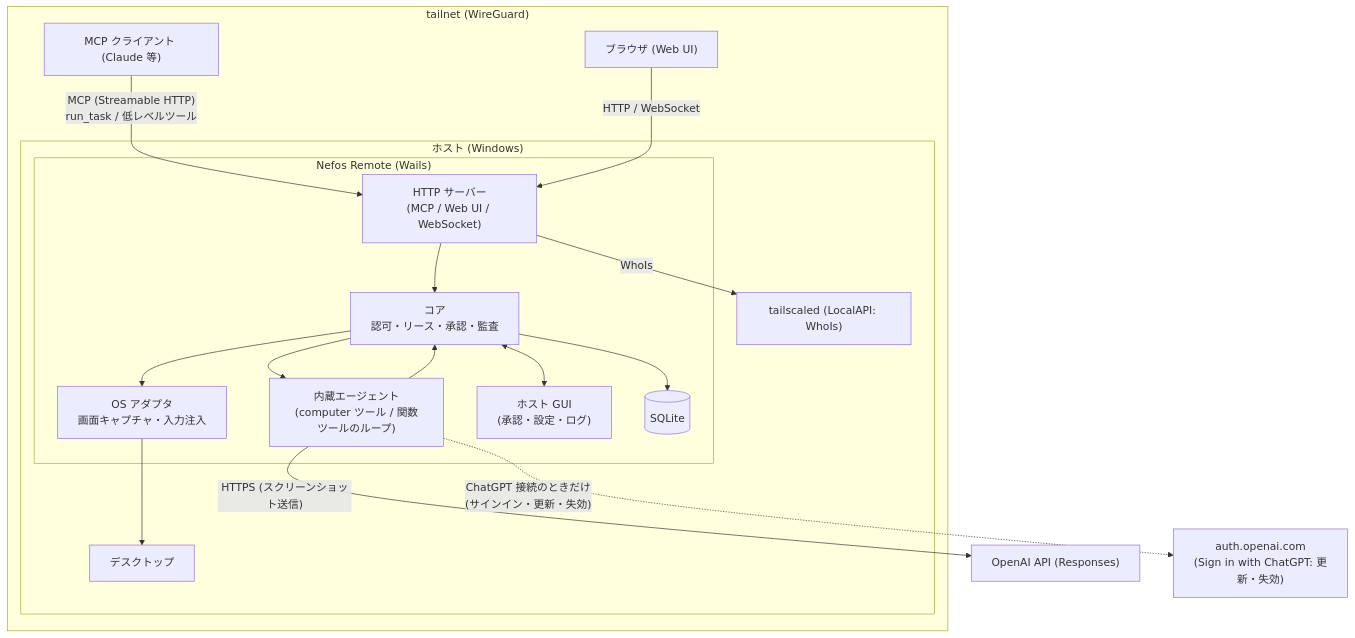
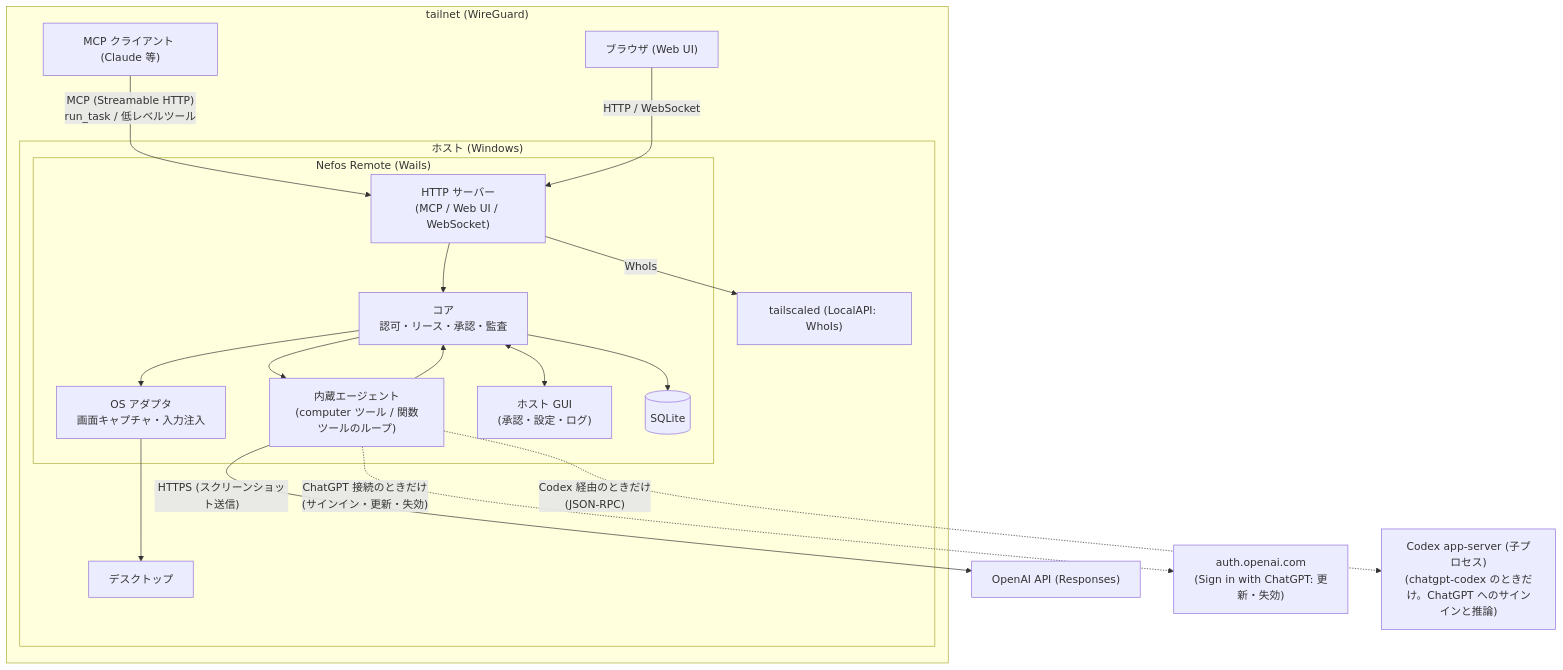
The diagram in docs/overview.md (ousiassllc/puppet-remo), drawn with Mermaid before and after one commit. The commit also changed other lines of this file and 7 other files, not shown here.

Commit message:
docs: Codex 経路（chatgpt-codex）と公式経路の決定（ポート・トークン分割保存・ポリシー拒否）を仕様に反映 (#247)

````diff
--- a/docs/overview.md
+++ b/docs/overview.md
@@ -61,33 +61,35 @@
 ```mermaid
 graph TD
     subgraph Tailnet["tailnet (WireGuard)"]
         MCPC["MCP クライアント (Claude 等)"]
         BR["ブラウザ (Web UI)"]
         subgraph Host["ホスト (Windows)"]
             TS["tailscaled (LocalAPI: WhoIs)"]
             subgraph App["Nefos Remote (Wails)"]
                 SRV["HTTP サーバー<br/>(MCP / Web UI / WebSocket)"]
                 CORE["コア<br/>認可・リース・承認・監査"]
                 AGENT["内蔵エージェント<br/>(computer ツール / 関数ツールのループ)"]
                 OS["OS アダプタ<br/>画面キャプチャ・入力注入"]
                 GUI["ホスト GUI<br/>(承認・設定・ログ)"]
                 DB[("SQLite")]
             end
             DESK["デスクトップ"]
         end
     end
     OAI["OpenAI API (Responses)"]
     OAUTH["auth.openai.com<br/>(Sign in with ChatGPT: 更新・失効)"]
+    CODEX["Codex app-server (子プロセス)<br/>(chatgpt-codex のときだけ。ChatGPT へのサインインと推論)"]
     MCPC -- "MCP (Streamable HTTP)<br/>run_task / 低レベルツール" --> SRV
     BR -- "HTTP / WebSocket" --> SRV
     SRV -- "WhoIs" --> TS
     SRV --> CORE
     CORE --> AGENT
     AGENT -- "HTTPS (スクリーンショット送信)" --> OAI
     AGENT -. "ChatGPT 接続のときだけ<br/>(サインイン・更新・失効)" .-> OAUTH
+    AGENT -. "Codex 経由のときだけ<br/>(JSON-RPC)" .-> CODEX
     AGENT --> CORE
     CORE --> OS
     CORE --> DB
     CORE <--> GUI
     OS --> DESK
 ```
````
